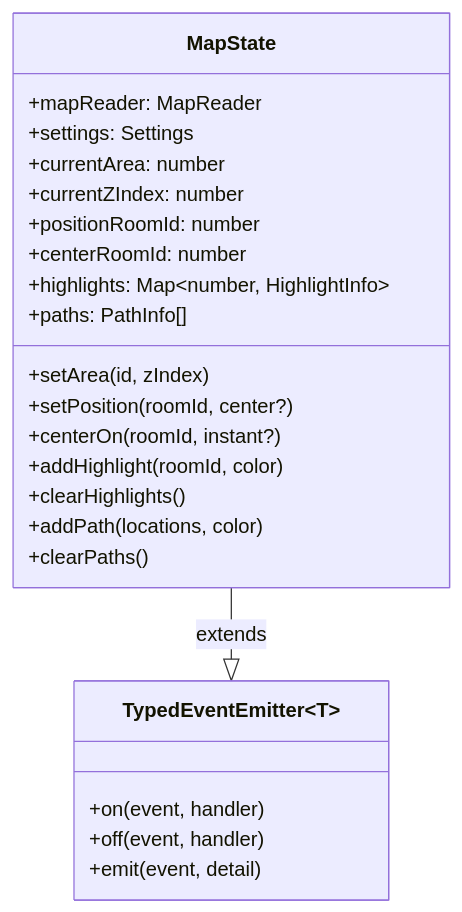
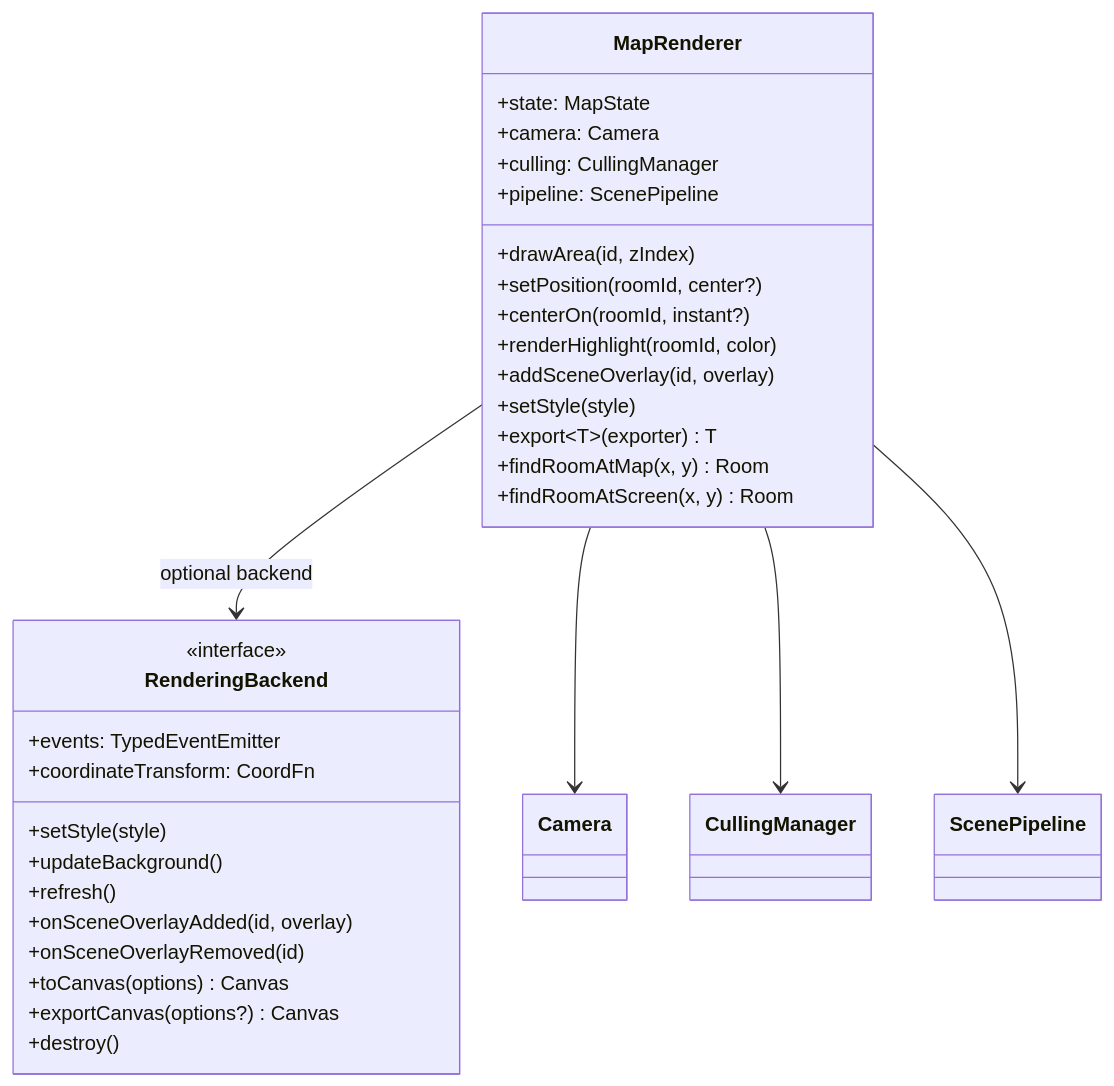
Before and after one commit to Delwing/mudlet-map-renderer: the sixth of 12 diagrams in docs/architecture.md, drawn with Mermaid. The commit also changed other lines of this file, not shown here.

Commit message:
Update architecture.md to reflect unified renderer refactor

````diff
--- a/docs/architecture.md
+++ b/docs/architecture.md
@@ -174,28 +185,37 @@
 ```mermaid
 classDiagram
-    class MapState {
-        +mapReader: MapReader
-        +settings: Settings
-        +currentArea: number
-        +currentZIndex: number
-        +positionRoomId: number
-        +centerRoomId: number
-        +highlights: Map~number, HighlightInfo~
-        +paths: PathInfo[]
-        +setArea(id, zIndex)
+    class MapRenderer {
+        +state: MapState
+        +camera: Camera
+        +culling: CullingManager
+        +pipeline: ScenePipeline
+        +drawArea(id, zIndex)
         +setPosition(roomId, center?)
         +centerOn(roomId, instant?)
-        +addHighlight(roomId, color)
-        +clearHighlights()
-        +addPath(locations, color)
-        +clearPaths()
+        +renderHighlight(roomId, color)
+        +addSceneOverlay(id, overlay)
+        +setStyle(style)
+        +export~T~(exporter) T
+        +findRoomAtMap(x, y) Room
+        +findRoomAtScreen(x, y) Room
     }
 
-    class TypedEventEmitter~T~ {
-        +on(event, handler)
-        +off(event, handler)
-        +emit(event, detail)
+    class RenderingBackend {
+        <<interface>>
+        +events: TypedEventEmitter
+        +coordinateTransform: CoordFn
+        +setStyle(style)
+        +updateBackground()
+        +refresh()
+        +onSceneOverlayAdded(id, overlay)
+        +onSceneOverlayRemoved(id)
+        +toCanvas(options) Canvas
+        +exportCanvas(options?) Canvas
+        +destroy()
     }
 
-    MapState --|> TypedEventEmitter : extends
+    MapRenderer --> RenderingBackend : optional backend
+    MapRenderer --> Camera
+    MapRenderer --> CullingManager
+    MapRenderer --> ScenePipeline
 ```
````
